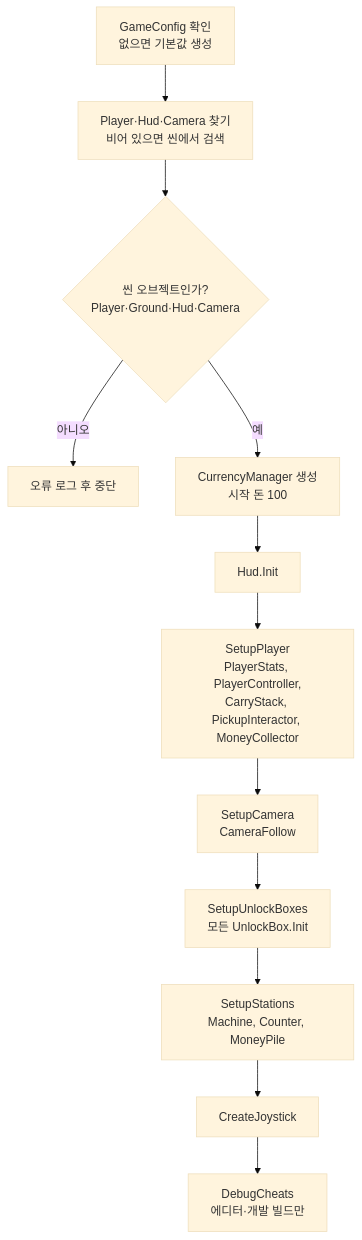
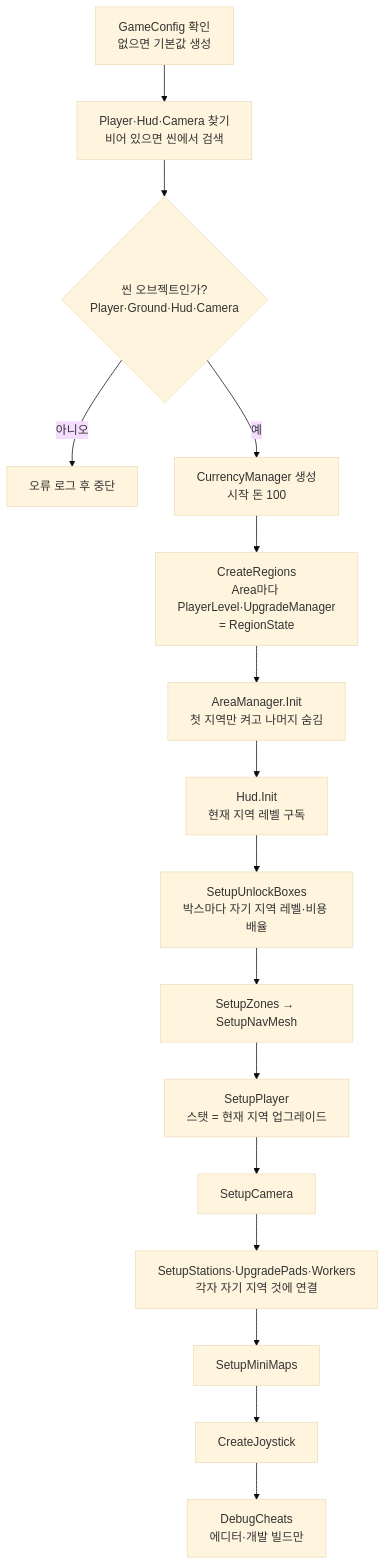
The first of 3 diagrams in Assets/Words/Wiki.md (HyunSuuuu/BPCP), drawn with Mermaid (base theme) before and after one commit. The commit also changed other lines of this file and 36 other files, not shown here.

Commit message:
feat: area unlock system

````diff
--- a/Assets/Words/Wiki.md
+++ b/Assets/Words/Wiki.md
@@ -95,14 +96,18 @@
 ```mermaid
 flowchart TD
     A[GameConfig 확인<br/>없으면 기본값 생성] --> B[Player·Hud·Camera 찾기<br/>비어 있으면 씬에서 검색]
     B --> C{씬 오브젝트인가?<br/>Player·Ground·Hud·Camera}
     C -- 아니오 --> X[오류 로그 후 중단]
     C -- 예 --> D[CurrencyManager 생성<br/>시작 돈 100]
-    D --> E[Hud.Init]
-    E --> F[SetupPlayer<br/>PlayerStats, PlayerController,<br/>CarryStack, PickupInteractor, MoneyCollector]
-    F --> G[SetupCamera<br/>CameraFollow]
-    G --> H[SetupUnlockBoxes<br/>모든 UnlockBox.Init]
-    H --> I[SetupStations<br/>Machine, Counter, MoneyPile]
-    I --> J[CreateJoystick]
+    D --> R[CreateRegions<br/>Area마다 PlayerLevel·UpgradeManager<br/>= RegionState]
+    R --> AM[AreaManager.Init<br/>첫 지역만 켜고 나머지 숨김]
+    AM --> E[Hud.Init<br/>현재 지역 레벨 구독]
+    E --> H[SetupUnlockBoxes<br/>박스마다 자기 지역 레벨·비용 배율]
+    H --> Z[SetupZones → SetupNavMesh]
+    Z --> F[SetupPlayer<br/>스탯 = 현재 지역 업그레이드]
+    F --> G[SetupCamera]
+    G --> I[SetupStations·UpgradePads·Workers<br/>각자 자기 지역 것에 연결]
+    I --> MM[SetupMiniMaps]
+    MM --> J[CreateJoystick]
     J --> K[DebugCheats<br/>에디터·개발 빌드만]
 ```
````
